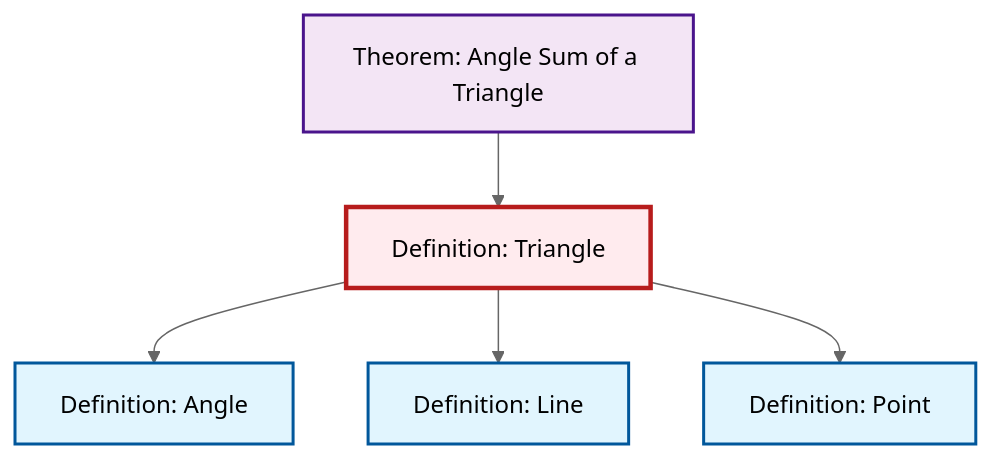
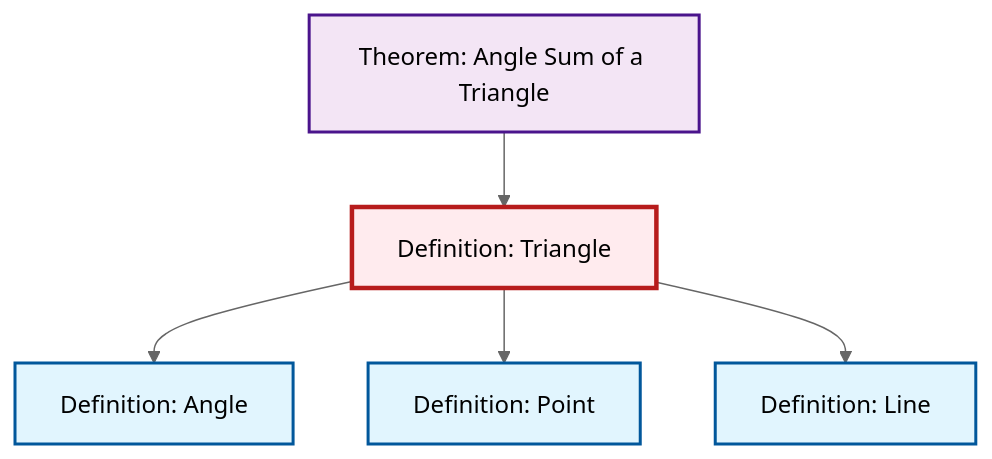
One commit to RK0429/ModernMath changed the diagram in content/en/geometry/def-triangle.qmd. Above: the diagram before and after it, drawn with Mermaid (neutral theme). The commit also changed other lines of this file and 654 other files, not shown here.

````diff
--- a/content/en/geometry/def-triangle.qmd
+++ b/content/en/geometry/def-triangle.qmd
@@ -59,23 +59,23 @@
 ```{mermaid}
 %%| fig-cap: "Local dependency graph"
 graph TD
     classDef definition fill:#e1f5fe,stroke:#01579b,stroke-width:2px
     classDef theorem fill:#f3e5f5,stroke:#4a148c,stroke-width:2px
     classDef axiom fill:#fff3e0,stroke:#e65100,stroke-width:2px
     classDef example fill:#e8f5e9,stroke:#1b5e20,stroke-width:2px
     classDef current fill:#ffebee,stroke:#b71c1c,stroke-width:3px
+    def-line["Definition: Line"]:::definition
     def-point["Definition: Point"]:::definition
     def-triangle["Definition: Triangle"]:::definition
     thm-angle-sum-triangle["Theorem: Angle Sum of a Triangle"]:::theorem
     def-angle["Definition: Angle"]:::definition
-    def-line["Definition: Line"]:::definition
     def-triangle --> def-angle
+    def-triangle --> def-point
     def-triangle --> def-line
     thm-angle-sum-triangle --> def-triangle
-    def-triangle --> def-point
     class def-triangle current
+    click def-line "def-line.html" "Go to Line definition"
     click def-point "def-point.html" "Go to Point definition"
     click thm-angle-sum-triangle "thm-angle-sum-triangle.html" "Go to Angle Sum of a Triangle theorem"
     click def-angle "def-angle.html" "Go to Angle definition"
-    click def-line "def-line.html" "Go to Line definition"
 ```
````
